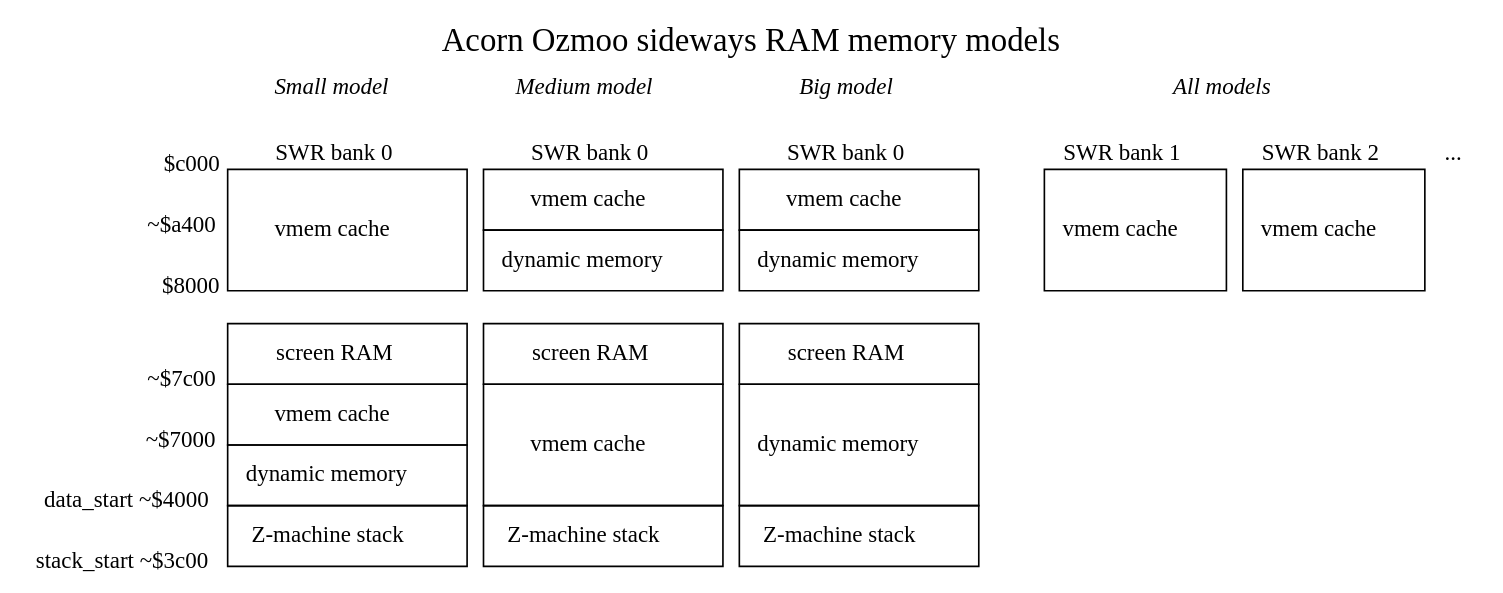
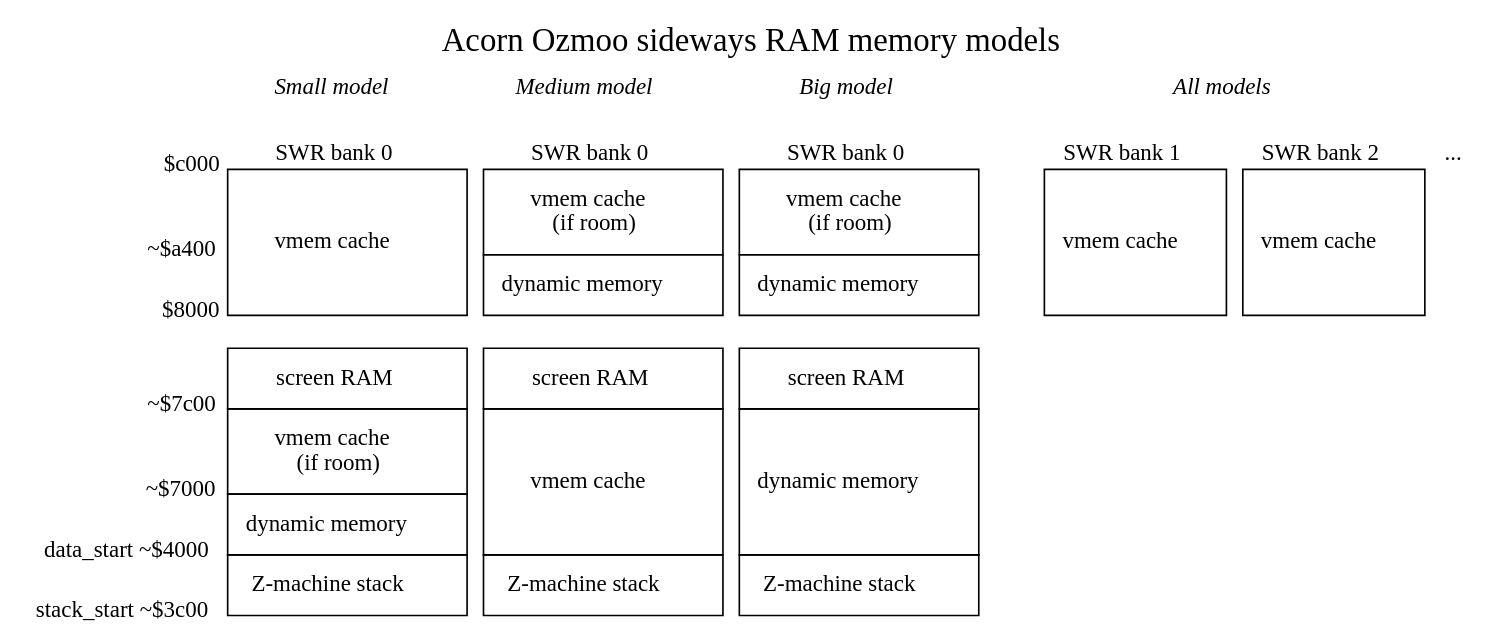
Before and after one commit to ZornsLemma/ozmoo: the diagram in documentation/techdocs/swr-memory-models.dot, drawn with Graphviz.

Commit message:
Memory model diagram tweaks

```diff
--- a/documentation/techdocs/swr-memory-models.dot
+++ b/documentation/techdocs/swr-memory-models.dot
@@ -1,89 +1,89 @@
 digraph memory {
     graph [nodesep=1, label="Acorn Ozmoo sideways RAM memory models", fontsize=20, labelloc=t];
     forcelabels=true;
     node [shape=plaintext];
 
     small [label=<
     <table border="0" cellspacing="0">
         <tr>
 	    <td></td>
             <td colspan="1" border="0"><i>Small model</i></td>
 	    <td width="10"></td>
             <td colspan="1" border="0"><i>Medium model</i></td>
 	    <td width="10"></td>
 	    <td colspan="1" border="0"><i>Big model</i></td>
 	    <td width="40"></td>
 	    <td colspan="3" border="0"><i>All models</i></td>
         </tr>
 	<tr>
 	    <td border="0" cellpadding="10"></td>
 	</tr>
 	<tr>
 	    <td align="text" valign="bottom"><sub>$c000</sub><br align="right" /></td>
 	    <td border="0">SWR bank 0</td>
 	    <td></td>
 	    <td border="0">SWR bank 0</td>
 	    <td></td>
 	    <td border="0">SWR bank 0</td>
 	    <td></td>
 	    <td border="0">SWR bank 1</td>
 	    <td width="10"></td>
 	    <td border="0">SWR bank 2</td>
 	    <td width="10"></td>
 	    <td border="0">...</td>
 	</tr>
 	<tr>
 	    <td align="text" valign="bottom"><sub>~$a400</sub><br align="right" /></td>
 	    <td border="1" rowspan="2" cellpadding="10">vmem cache</td>
 	    <td></td>
-	    <td border="1" cellpadding="10">vmem cache</td>
+	    <td border="1" cellpadding="10">vmem cache<br />(if room)</td>
 	    <td></td>
-	    <td border="1" cellpadding="10">vmem cache</td>
+	    <td border="1" cellpadding="10">vmem cache<br />(if room)</td>
 	    <td></td>
 	    <td border="1" rowspan="2" cellpadding="10">vmem cache</td>
 	    <td></td>
 	    <td border="1" rowspan="2" cellpadding="10">vmem cache</td>
 	</tr>
         <tr>
             <td align="text" valign="bottom"><sub>$8000</sub><br align="right" /></td>
 	    <td></td>
 	    <td border="1" cellpadding="10">dynamic memory</td>
 	    <td></td>
 	    <td border="1" cellpadding="10">dynamic memory</td>
         </tr>
 	<tr>
 	    <td border="0" cellpadding="10"></td>
 	</tr>
         <tr>
             <td align="text" valign="bottom"><sub>~$7c00</sub><br align="right" /></td>
             <td border="1" cellpadding="10">screen RAM</td>
 	    <td></td>
             <td border="1" cellpadding="10">screen RAM</td>
 	    <td></td>
             <td border="1" cellpadding="10">screen RAM</td>
         </tr>
         <tr>
             <td align="text" valign="bottom"><sub>~$7000</sub><br align="right" /></td>
-            <td border="1" cellpadding="10">vmem cache</td>
+            <td border="1" cellpadding="10">vmem cache<br />(if room)</td>
 	    <td></td>
             <td border="1" rowspan="2" cellpadding="10">vmem cache</td>
 	    <td></td>
             <td border="1" rowspan="2" cellpadding="10">dynamic memory</td>
         </tr>
         <tr>
             <td align="text" valign="bottom"><sub>data_start ~$4000</sub><br align="right" /></td>
             <td border="1" cellpadding="10">dynamic memory</td>
         </tr>
         <tr>
             <td align="text" valign="bottom"><sub>stack_start ~$3c00</sub><br align="right" /></td>
             <td border="1" cellpadding="10">Z-machine stack</td>
 	    <td></td>
             <td border="1" cellpadding="10">Z-machine stack</td>
 	    <td></td>
             <td border="1" cellpadding="10">Z-machine stack</td>
         </tr>
     </table>>];
 
 }
 
 # vi: sw=4 sts=4
```
